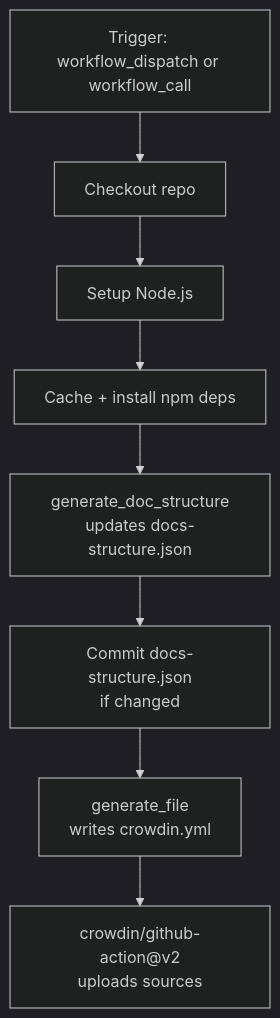
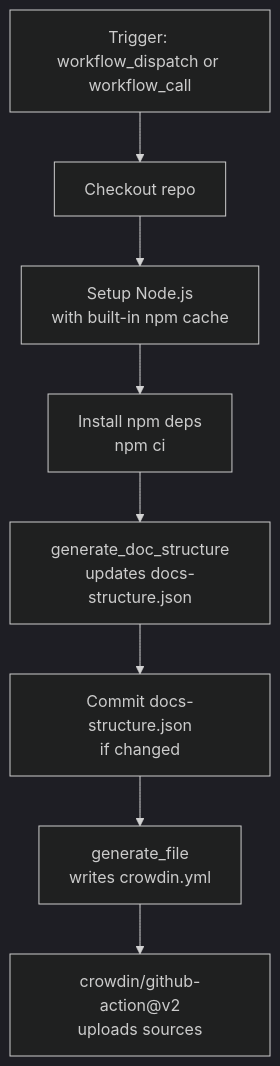
One commit to pagopa/devportal-docs changed the first of 5 diagrams in upload_sources_to_crowdin_workflow.md. Above: the diagram before and after it, drawn with Mermaid (dark theme). The commit also changed other lines of this file, not shown here.

Commit message:
fix: enhance Node.js setup and dependency installation in upload_sources_to_crowdin workflow

````diff
--- a/upload_sources_to_crowdin_workflow.md
+++ b/upload_sources_to_crowdin_workflow.md
@@ -11,10 +11,10 @@
 ```mermaid
 flowchart TD
     A[Trigger: workflow_dispatch or workflow_call] --> B[Checkout repo]
-    B --> C[Setup Node.js]
-    C --> D[Cache + install npm deps]
+    B --> C[Setup Node.js<br/>with built-in npm cache]
+    C --> D[Install npm deps<br/>npm ci]
     D --> E[generate_doc_structure<br/>updates docs-structure.json]
     E --> F[Commit docs-structure.json<br/>if changed]
     F --> G[generate_file<br/>writes crowdin.yml]
     G --> H["crowdin/github-action@v2<br/>uploads sources"]
 ```
````
